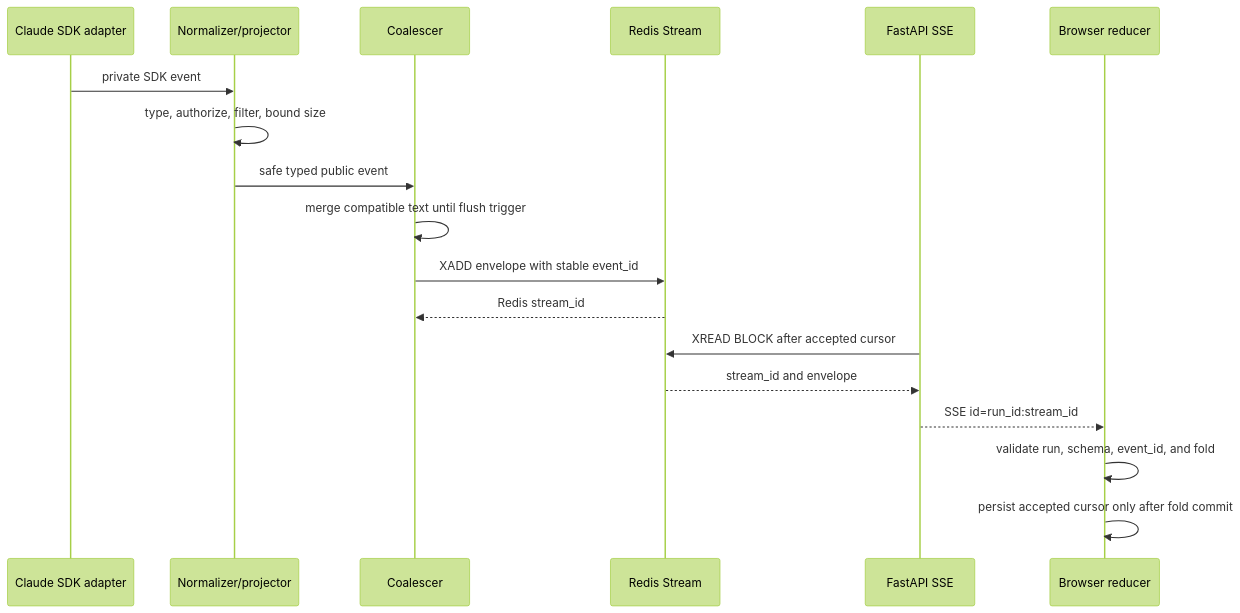
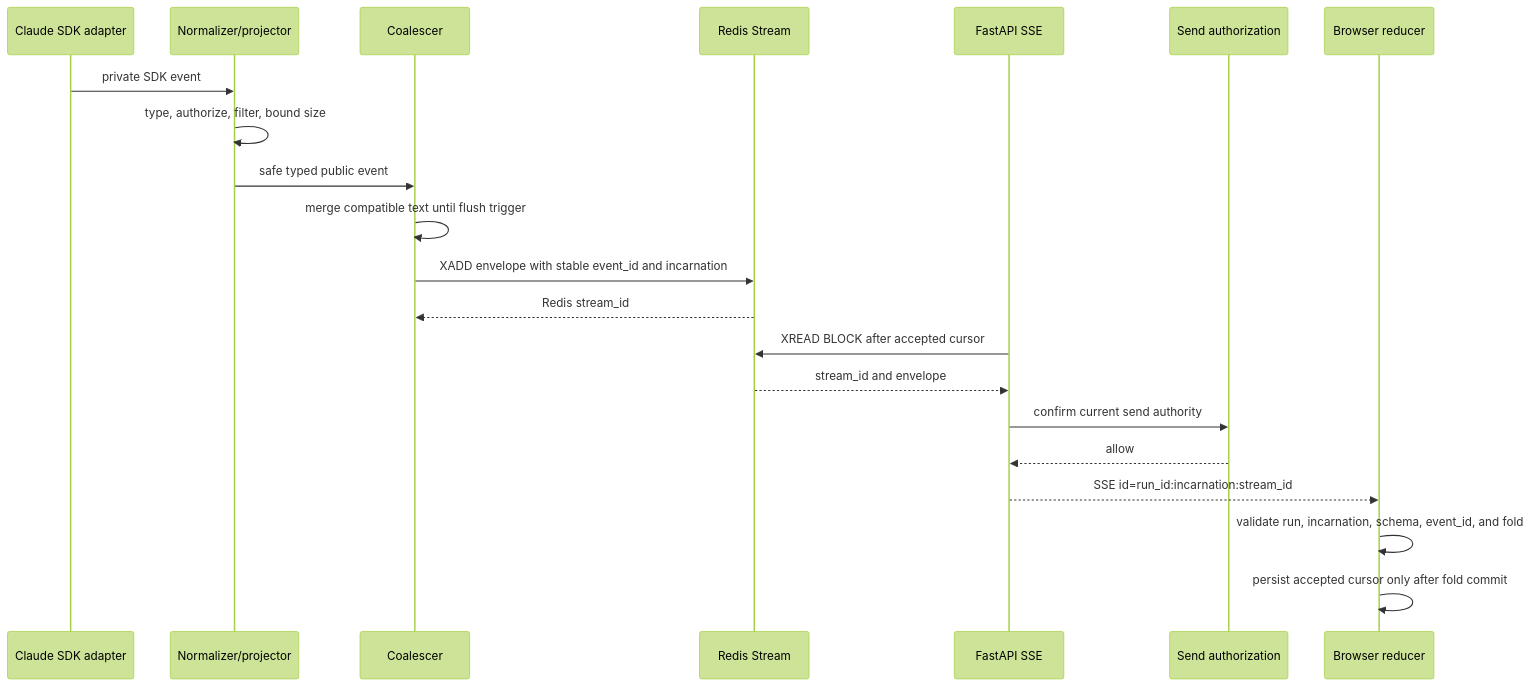
Before and after one commit to demonsxxxxxx/ai-platform: the second of 7 diagrams in docs/architecture/redis-streams-sse-event-channel.md, drawn with Mermaid (forest theme). The commit also changed other lines of this file and 1 other file, not shown here.

Commit message:
docs: fence SSE replay by stream incarnation

````diff
--- a/docs/architecture/redis-streams-sse-event-channel.md
+++ b/docs/architecture/redis-streams-sse-event-channel.md
@@ -218,21 +221,24 @@
 ```mermaid
 sequenceDiagram
     participant SDK as Claude SDK adapter
     participant N as Normalizer/projector
     participant C as Coalescer
     participant R as Redis Stream
     participant A as FastAPI SSE
+    participant Auth as Send authorization
     participant B as Browser reducer
 
     SDK->>N: private SDK event
     N->>N: type, authorize, filter, bound size
     N->>C: safe typed public event
     C->>C: merge compatible text until flush trigger
-    C->>R: XADD envelope with stable event_id
+    C->>R: XADD envelope with stable event_id and incarnation
     R-->>C: Redis stream_id
     A->>R: XREAD BLOCK after accepted cursor
     R-->>A: stream_id and envelope
-    A-->>B: SSE id=run_id:stream_id
-    B->>B: validate run, schema, event_id, and fold
+    A->>Auth: confirm current send authority
+    Auth-->>A: allow
+    A-->>B: SSE id=run_id:incarnation:stream_id
+    B->>B: validate run, incarnation, schema, event_id, and fold
     B->>B: persist accepted cursor only after fold commit
 ```
````
